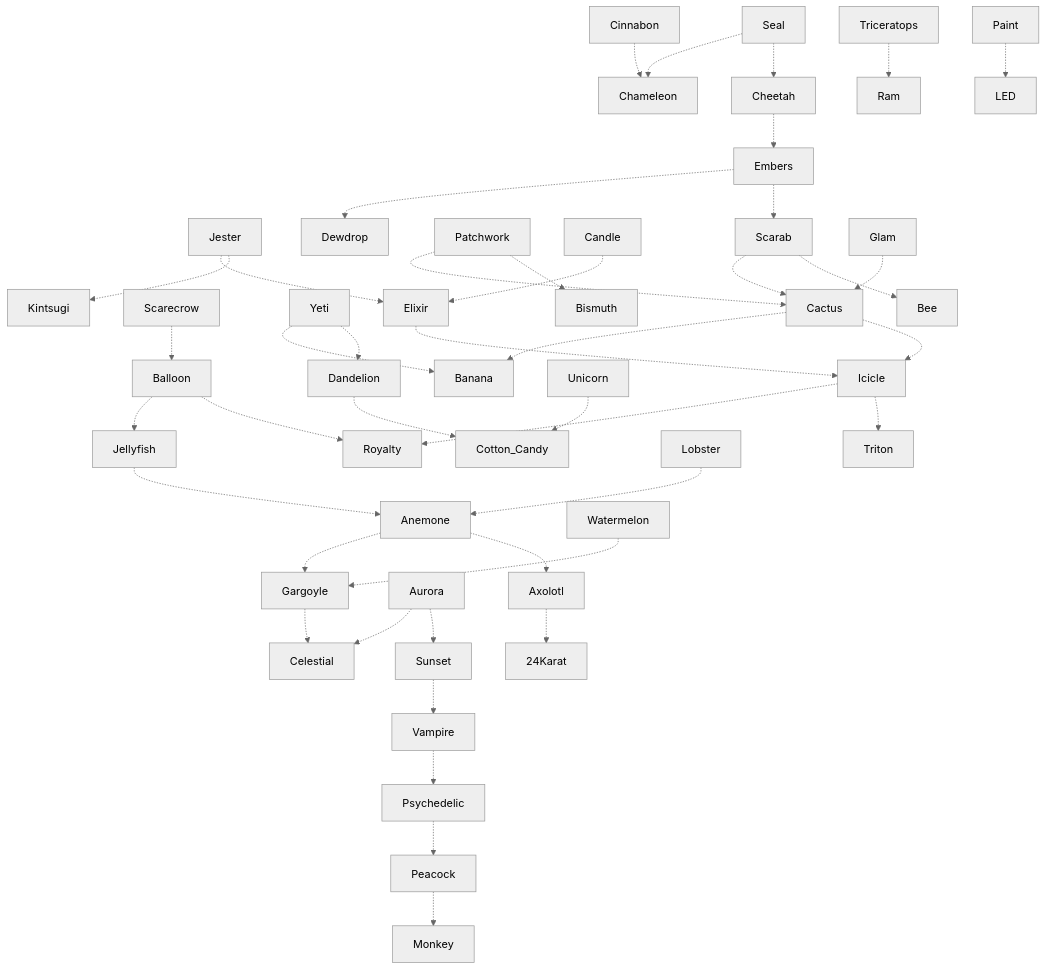
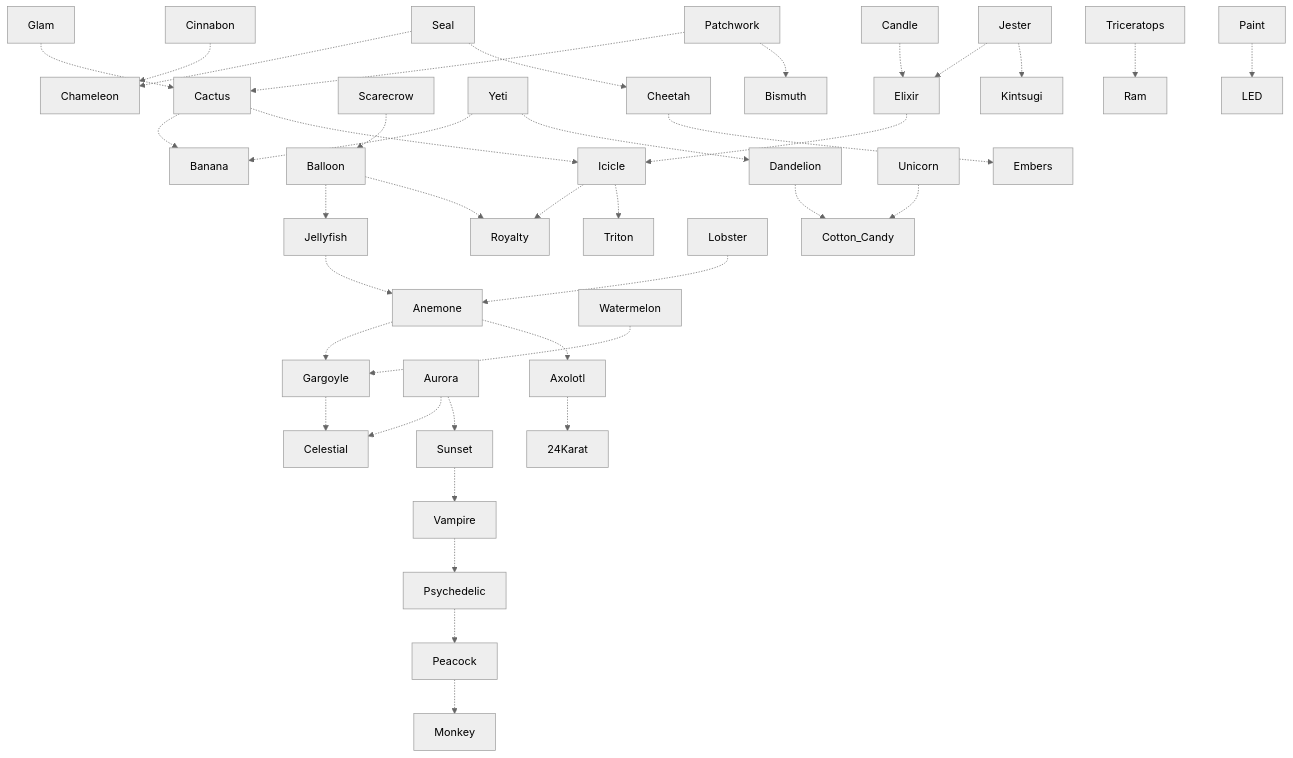
The diagram in Peridot-ArchetypeTree.md (g1ddy/PeridotArchetypeFinder), drawn with Mermaid (neutral theme) before and after one commit. The commit also changed other lines of this file and 5 other files, not shown here.

````diff
--- a/Peridot-ArchetypeTree.md
+++ b/Peridot-ArchetypeTree.md
@@ -3,45 +3,41 @@
 ```mermaid
 flowchart
 
 Cactus -.-> Banana
 Cinnabon -.-> Chameleon
 Scarecrow -.-> Balloon
 Yeti -.-> Banana
 Icicle -.-> Royalty
 Jester -.-> Elixir
 Elixir -.-> Icicle
 Cactus -.-> Icicle
 Cheetah -.-> Embers
 Unicorn -.-> Cotton_Candy
 Dandelion -.-> Cotton_Candy
 Icicle -.-> Triton
 Jester -.-> Kintsugi
 Triceratops -.-> Ram
 Anemone -.-> Gargoyle
 Paint -.-> LED
 Aurora -.-> Celestial
-Scarab -.-> Cactus
 Patchwork -.-> Cactus
 Candle -.-> Elixir
 Seal -.-> Chameleon
 Gargoyle -.-> Celestial
 Sunset -.-> Vampire
 Seal -.-> Cheetah
 Vampire -.-> Psychedelic
 Psychedelic -.-> Peacock
 Watermelon -.-> Gargoyle
-Embers -.-> Dewdrop
 Glam -.-> Cactus
 Patchwork -.-> Bismuth
 Aurora -.-> Sunset
 Lobster -.-> Anemone
 Jellyfish -.-> Anemone
 Balloon -.-> Jellyfish
 Balloon -.-> Royalty
-Scarab -.-> Bee
-Embers -.-> Scarab
 Peacock -.-> Monkey
 Yeti -.-> Dandelion
 Axolotl -.-> 24Karat
 Anemone -.-> Axolotl
 ```
````
